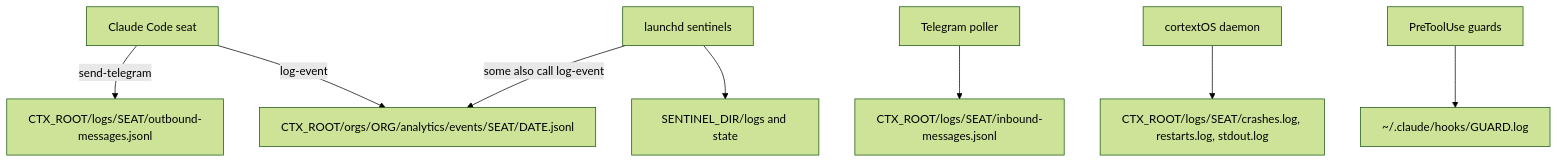
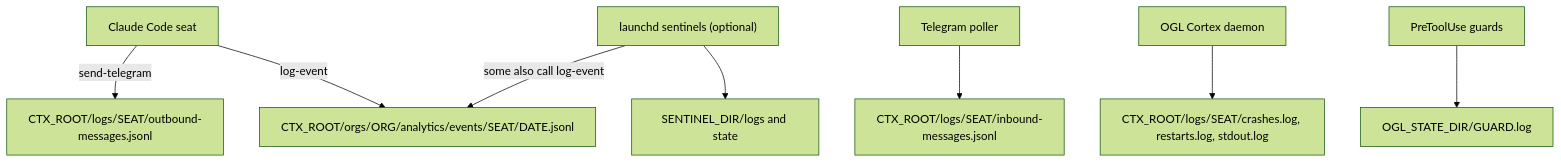
One commit to nicoreincarnate-oss/ogl-cortex changed the second of 3 diagrams in docs/42-chaos-telemetry-determinism.md. Above: the diagram before and after it, drawn with Mermaid (forest theme). The commit also changed other lines of this file and 88 other files, not shown here.

First line of the commit message:
Rename to OGL Cortex, memory architecture doc, harness tools, path consistency

````diff
--- a/docs/42-chaos-telemetry-determinism.md
+++ b/docs/42-chaos-telemetry-determinism.md
@@ -104,10 +106,10 @@
 ```mermaid
 flowchart TB
   Seat["Claude Code seat"] -->|"log-event"| EV["CTX_ROOT/orgs/ORG/analytics/events/SEAT/DATE.jsonl"]
   Seat -->|"send-telegram"| OUT["CTX_ROOT/logs/SEAT/outbound-messages.jsonl"]
   TG["Telegram poller"] --> IN["CTX_ROOT/logs/SEAT/inbound-messages.jsonl"]
-  Daemon["cortextOS daemon"] --> CR["CTX_ROOT/logs/SEAT/crashes.log, restarts.log, stdout.log"]
-  Hooks["PreToolUse guards"] --> GL["~/.claude/hooks/GUARD.log"]
-  Launchd["launchd sentinels"] --> SL["SENTINEL_DIR/logs and state"]
+  Daemon["OGL Cortex daemon"] --> CR["CTX_ROOT/logs/SEAT/crashes.log, restarts.log, stdout.log"]
+  Hooks["PreToolUse guards"] --> GL["OGL_STATE_DIR/GUARD.log"]
+  Launchd["launchd sentinels (optional)"] --> SL["SENTINEL_DIR/logs and state"]
   Launchd -->|"some also call log-event"| EV
 ```
````
